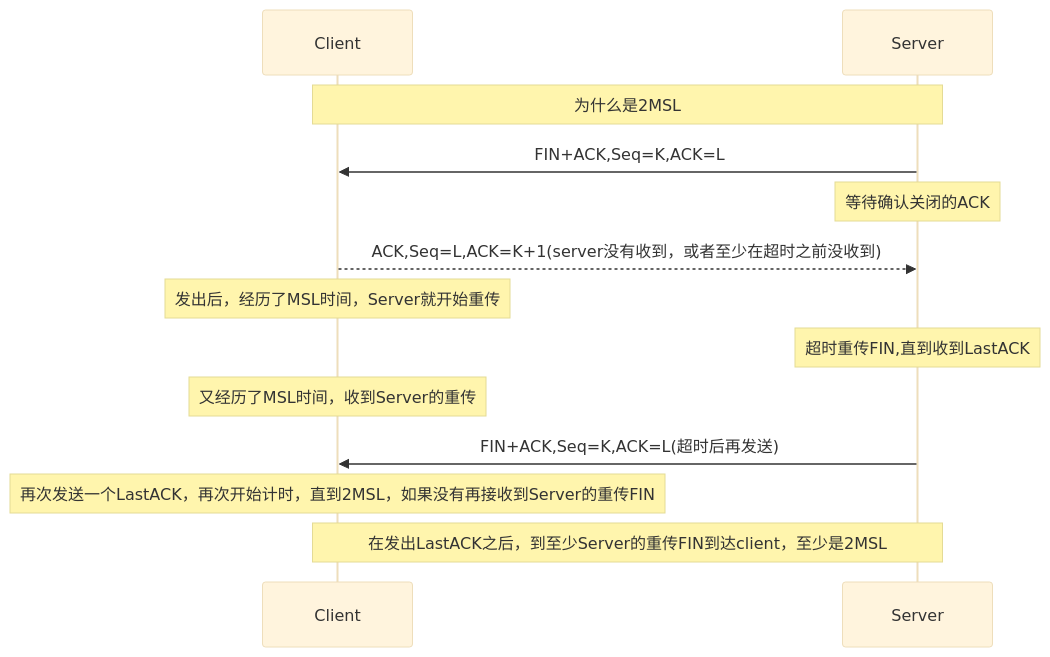
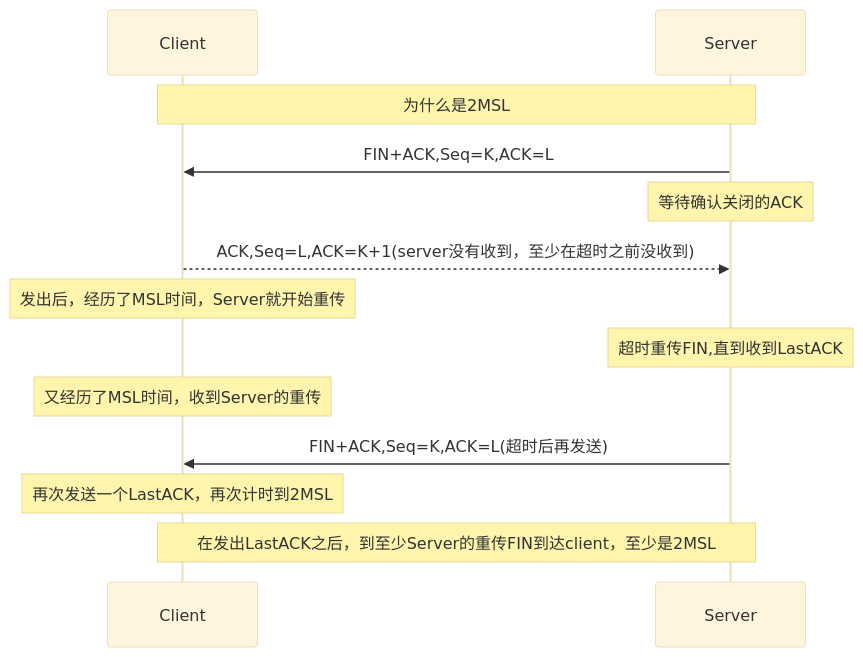
One commit to Clinan/blog changed the third of 4 diagrams in modules/technology/base/tcpip.md. Above: the diagram before and after it, drawn with Mermaid (base theme). The commit also changed other lines of this file and 6 other files, not shown here.

````diff
--- a/modules/technology/base/tcpip.md
+++ b/modules/technology/base/tcpip.md
@@ -215,13 +215,13 @@
 ```mermaid
 sequenceDiagram
 note over Client,Server: 为什么是2MSL
 Server->>Client:FIN+ACK,Seq=K,ACK=L
 note over Server: 等待确认关闭的ACK
-Client-->>Server: ACK,Seq=L,ACK=K+1(server没有收到，或者至少在超时之前没收到)
+Client-->>Server: ACK,Seq=L,ACK=K+1(server没有收到，至少在超时之前没收到)
 note over Client: 发出后，经历了MSL时间，Server就开始重传
 note over Server: 超时重传FIN,直到收到LastACK
 note over Client: 又经历了MSL时间，收到Server的重传
 Server->>Client: FIN+ACK,Seq=K,ACK=L(超时后再发送)
-note over Client: 再次发送一个LastACK，再次开始计时，直到2MSL，如果没有再接收到Server的重传FIN
+note over Client: 再次发送一个LastACK，再次计时到2MSL
 note over Client,Server: 在发出LastACK之后，到至少Server的重传FIN到达client，至少是2MSL
 ```
````
